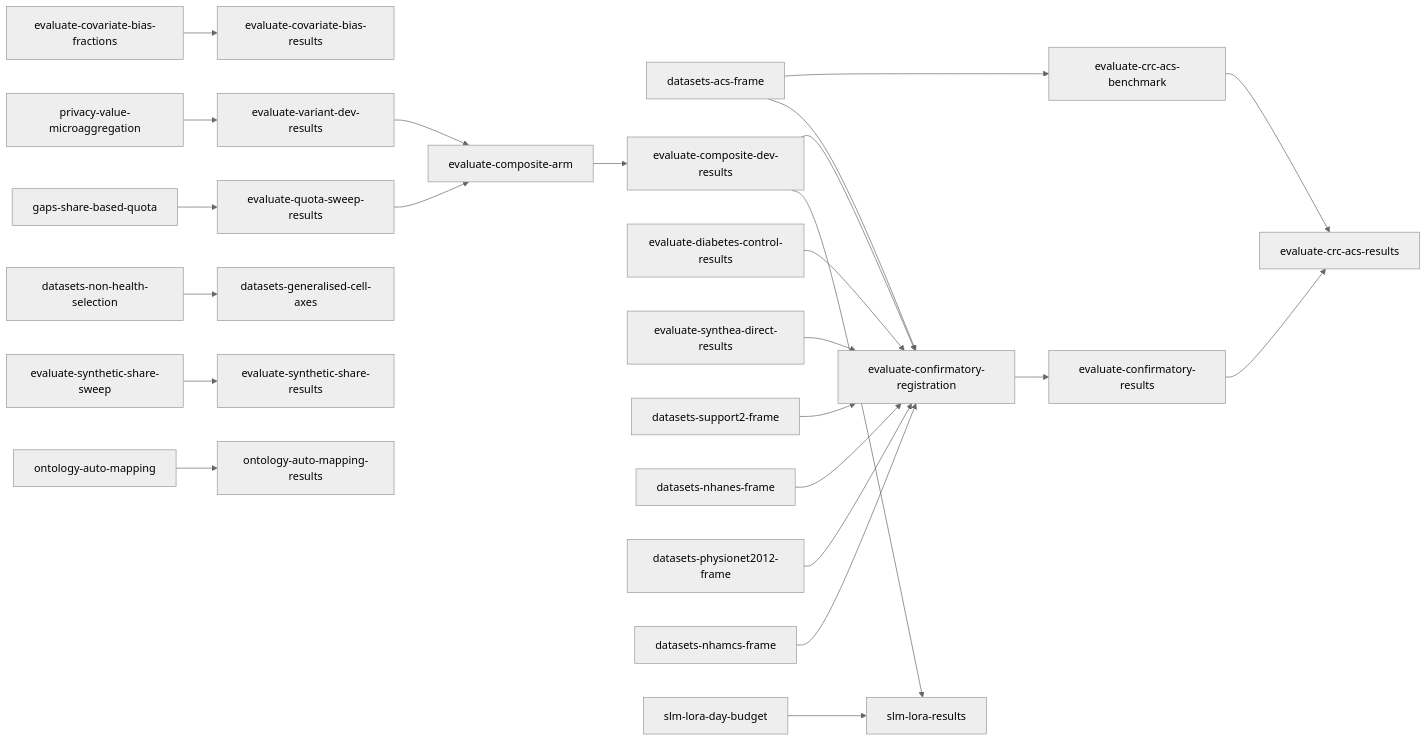
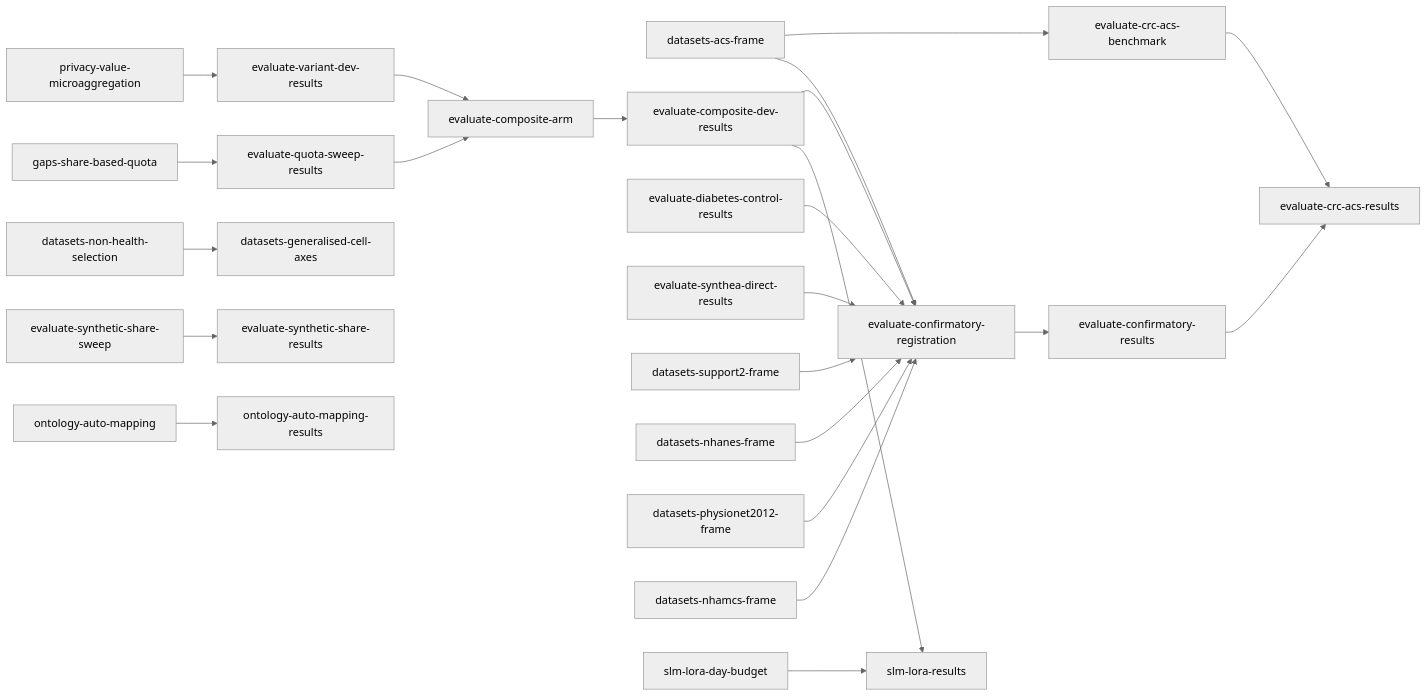
Before and after one commit to joe-dartmouth/synthetic: the diagram in tasks/direct-index.md, drawn with Mermaid (neutral theme). The commit also changed other lines of this file and 34 other files, not shown here.

````diff
--- a/tasks/direct-index.md
+++ b/tasks/direct-index.md
@@ -70,26 +69,25 @@
 ```mermaid
 flowchart LR
-    u37[evaluate-covariate-bias-fractions] --> u38[evaluate-covariate-bias-results]
     u16[privacy-value-microaggregation] --> u19[evaluate-variant-dev-results]
     u20[gaps-share-based-quota] --> u21[evaluate-quota-sweep-results]
     u27[datasets-acs-frame] --> u41[evaluate-crc-acs-benchmark]
     u49[datasets-non-health-selection] --> u50[datasets-generalised-cell-axes]
     u19 --> u28[evaluate-composite-arm]
     u21 --> u28
     u28 --> u29[evaluate-composite-dev-results]
     u7[evaluate-diabetes-control-results] --> u30[evaluate-confirmatory-registration]
     u8[evaluate-synthea-direct-results] --> u30
     u45[evaluate-synthetic-share-sweep] --> u46[evaluate-synthetic-share-results]
     u25[datasets-support2-frame] --> u30
     u26[datasets-nhanes-frame] --> u30
     u27 --> u30
     u47[datasets-physionet2012-frame] --> u30
     u48[datasets-nhamcs-frame] --> u30
     u29 --> u30
     u30 --> u31[evaluate-confirmatory-results]
     u41 --> u42[evaluate-crc-acs-results]
     u31 --> u42
     u32[ontology-auto-mapping] --> u33[ontology-auto-mapping-results]
     u29 --> u36[slm-lora-results]
     u51[slm-lora-day-budget] --> u36
 ```
````
